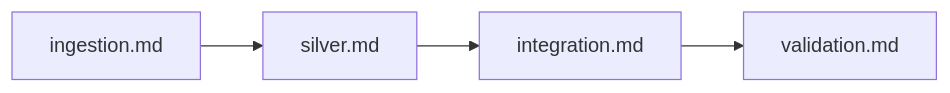
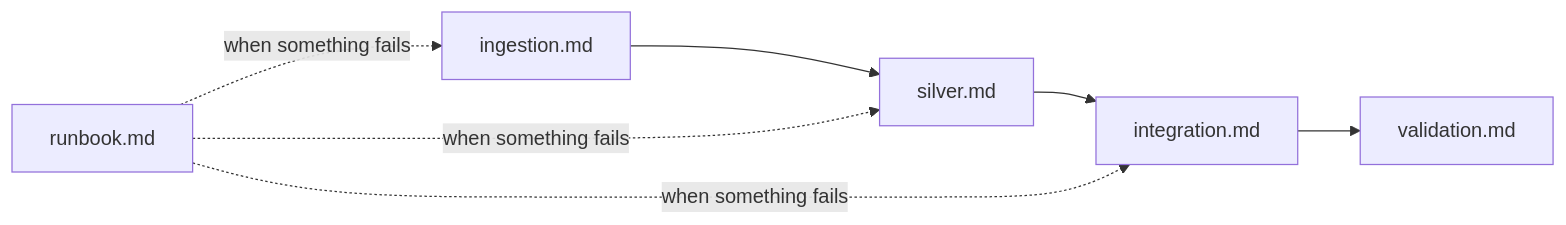
Before and after one commit to hyenalouise/edu-access-sandbox: the diagram in docs/operations/README.md, drawn with Mermaid. The commit also changed other lines of this file and 5 other files, not shown here.

````diff
--- a/docs/operations/README.md
+++ b/docs/operations/README.md
@@ -13,4 +14,5 @@
 ```mermaid
 flowchart LR
     ingestion[ingestion.md] --> silver[silver.md] --> integration[integration.md] --> validation[validation.md]
+    runbook[runbook.md] -.->|when something fails| ingestion & silver & integration
 ```
````
